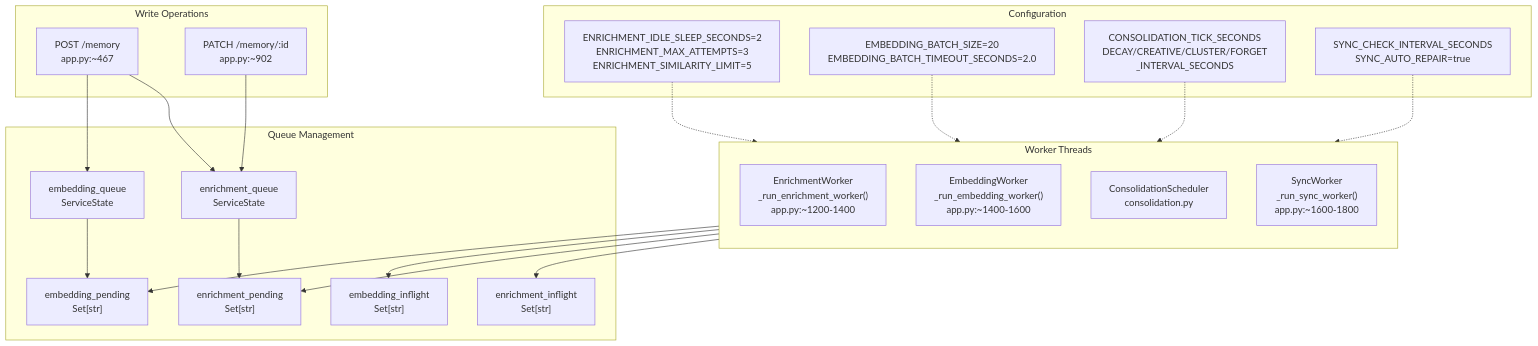
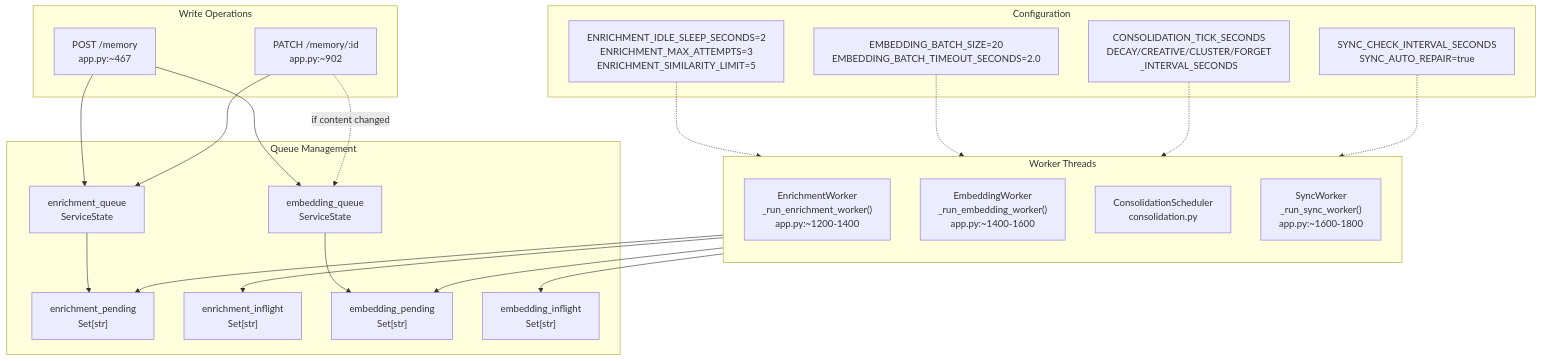
Before and after one commit to verygoodplugins/automem-website: the fifth of 6 diagrams in src/content/docs/docs/overview.md, drawn with Mermaid. The commit also changed 545 other files, not shown here.

First line of the commit message:
fix: remove raw DeepWiki data from git, fix PatchMem diagram edges

````diff
--- a/src/content/docs/docs/overview.md
+++ b/src/content/docs/docs/overview.md
@@ -333,50 +333,51 @@
 ```mermaid
 graph TB
     subgraph write_ops["Write Operations"]
         PostMem["POST /memory<br/>app.py:~467"]
         PatchMem["PATCH /memory/:id<br/>app.py:~902"]
     end
 
     subgraph queues["Queue Management"]
         EnrichQueue["enrichment_queue<br/>ServiceState"]
         EmbedQueue["embedding_queue<br/>ServiceState"]
 
         EnrichPending["enrichment_pending<br/>Set[str]"]
         EnrichInflight["enrichment_inflight<br/>Set[str]"]
         EmbedPending["embedding_pending<br/>Set[str]"]
         EmbedInflight["embedding_inflight<br/>Set[str]"]
     end
 
     subgraph workers["Worker Threads"]
         direction TB
 
         EnrichWorker["EnrichmentWorker<br/>_run_enrichment_worker()<br/>app.py:~1200-1400"]
         EmbedWorker["EmbeddingWorker<br/>_run_embedding_worker()<br/>app.py:~1400-1600"]
         ConsolWorker["ConsolidationScheduler<br/>consolidation.py"]
         SyncWorker["SyncWorker<br/>_run_sync_worker()<br/>app.py:~1600-1800"]
     end
 
     subgraph config["Configuration"]
         EnrichConfig["ENRICHMENT_IDLE_SLEEP_SECONDS=2<br/>ENRICHMENT_MAX_ATTEMPTS=3<br/>ENRICHMENT_SIMILARITY_LIMIT=5"]
         EmbedConfig["EMBEDDING_BATCH_SIZE=20<br/>EMBEDDING_BATCH_TIMEOUT_SECONDS=2.0"]
         ConsolConfig["CONSOLIDATION_TICK_SECONDS<br/>DECAY/CREATIVE/CLUSTER/FORGET<br/>_INTERVAL_SECONDS"]
         SyncConfig["SYNC_CHECK_INTERVAL_SECONDS<br/>SYNC_AUTO_REPAIR=true"]
     end
 
     PostMem --> EnrichQueue
     PostMem --> EmbedQueue
     PatchMem --> EnrichQueue
+    PatchMem -.->|"if content changed"| EmbedQueue
 
     EnrichQueue --> EnrichPending
     EmbedQueue --> EmbedPending
 
     EnrichWorker --> EnrichInflight
     EnrichWorker --> EnrichPending
     EmbedWorker --> EmbedInflight
     EmbedWorker --> EmbedPending
 
     EnrichConfig -.-> EnrichWorker
     EmbedConfig -.-> EmbedWorker
     ConsolConfig -.-> ConsolWorker
     SyncConfig -.-> SyncWorker
 ```
````
